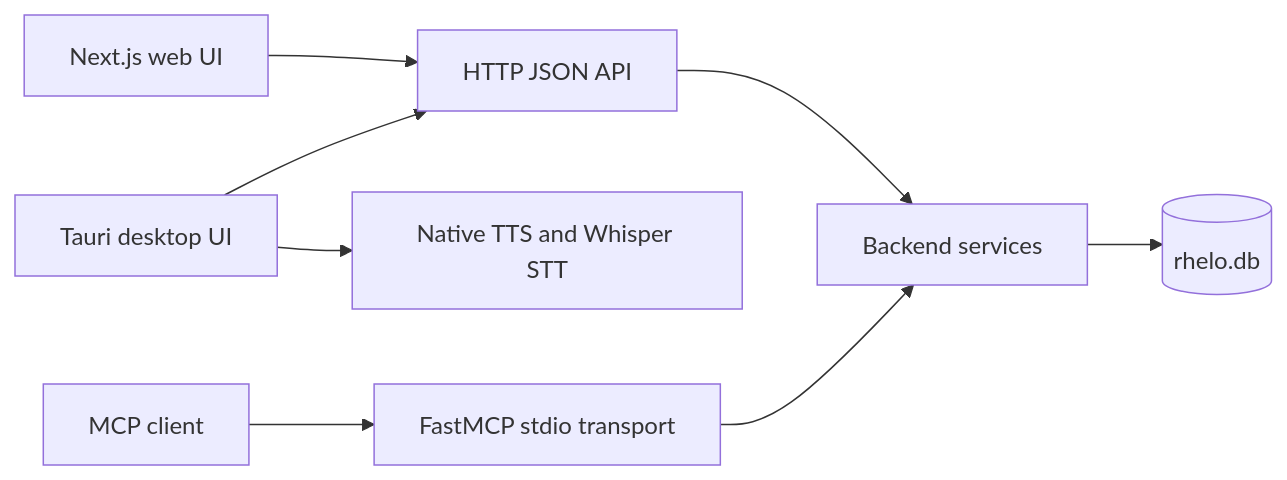
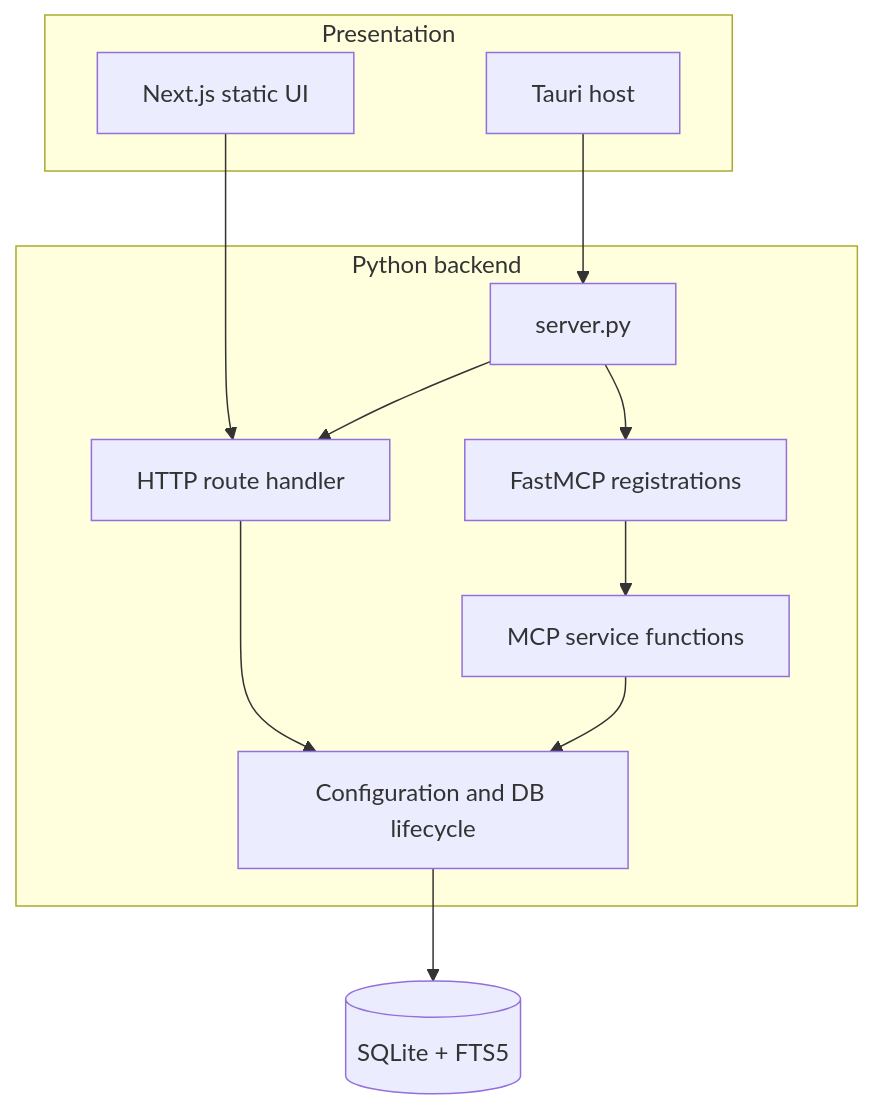
The diagram in rhemamcp_plan.md (JEDIx420/rhema_mcp), drawn with Mermaid before and after one commit. The commit also changed other lines of this file and 94 other files, not shown here.

````diff
--- a/rhemamcp_plan.md
+++ b/rhemamcp_plan.md
@@ -11,10 +11,23 @@
 ```mermaid
-flowchart LR
-  Web[Next.js web UI] --> HTTP[HTTP JSON API]
-  Desktop[Tauri desktop UI] --> HTTP
-  Client[MCP client] --> MCP[FastMCP stdio transport]
-  HTTP --> Services[Backend services]
-  MCP --> Services
-  Services --> DB[(rhelo.db)]
-  Desktop --> Voice[Native TTS and Whisper STT]
+flowchart TB
+    subgraph UI["Presentation"]
+      Next["Next.js static UI"]
+      Tauri["Tauri host"]
+    end
+    subgraph Python["Python backend"]
+      Entry["server.py"]
+      HTTP["HTTP route handler"]
+      MCP["FastMCP registrations"]
+      Service["MCP service functions"]
+      Config["Configuration and DB lifecycle"]
+    end
+    SQLite[("SQLite + FTS5")]
+    Next --> HTTP
+    Tauri --> Entry
+    Entry --> HTTP
+    Entry --> MCP
+    MCP --> Service
+    HTTP --> Config
+    Service --> Config
+    Config --> SQLite
 ```
````
